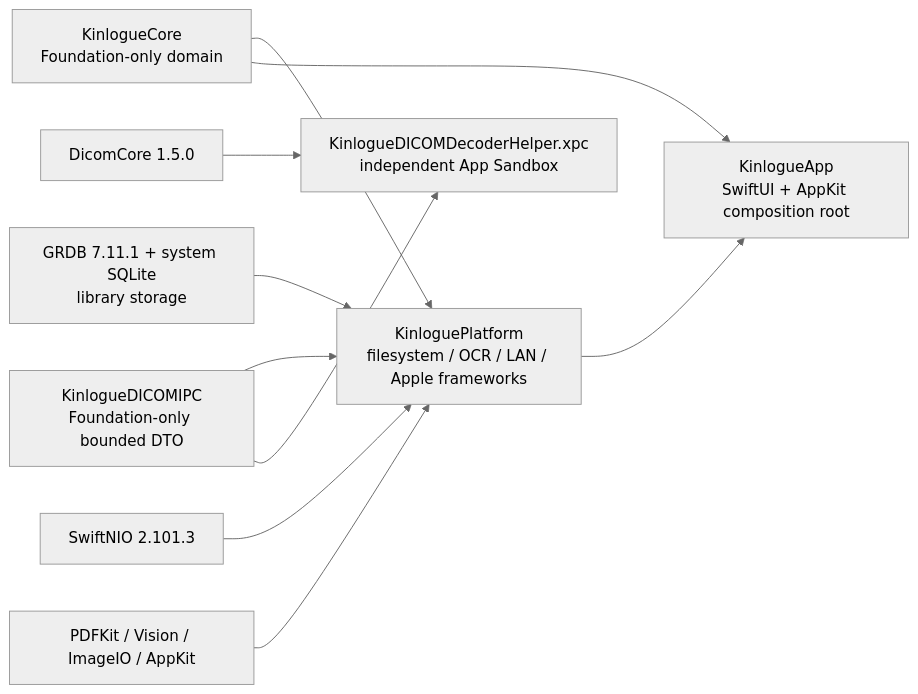
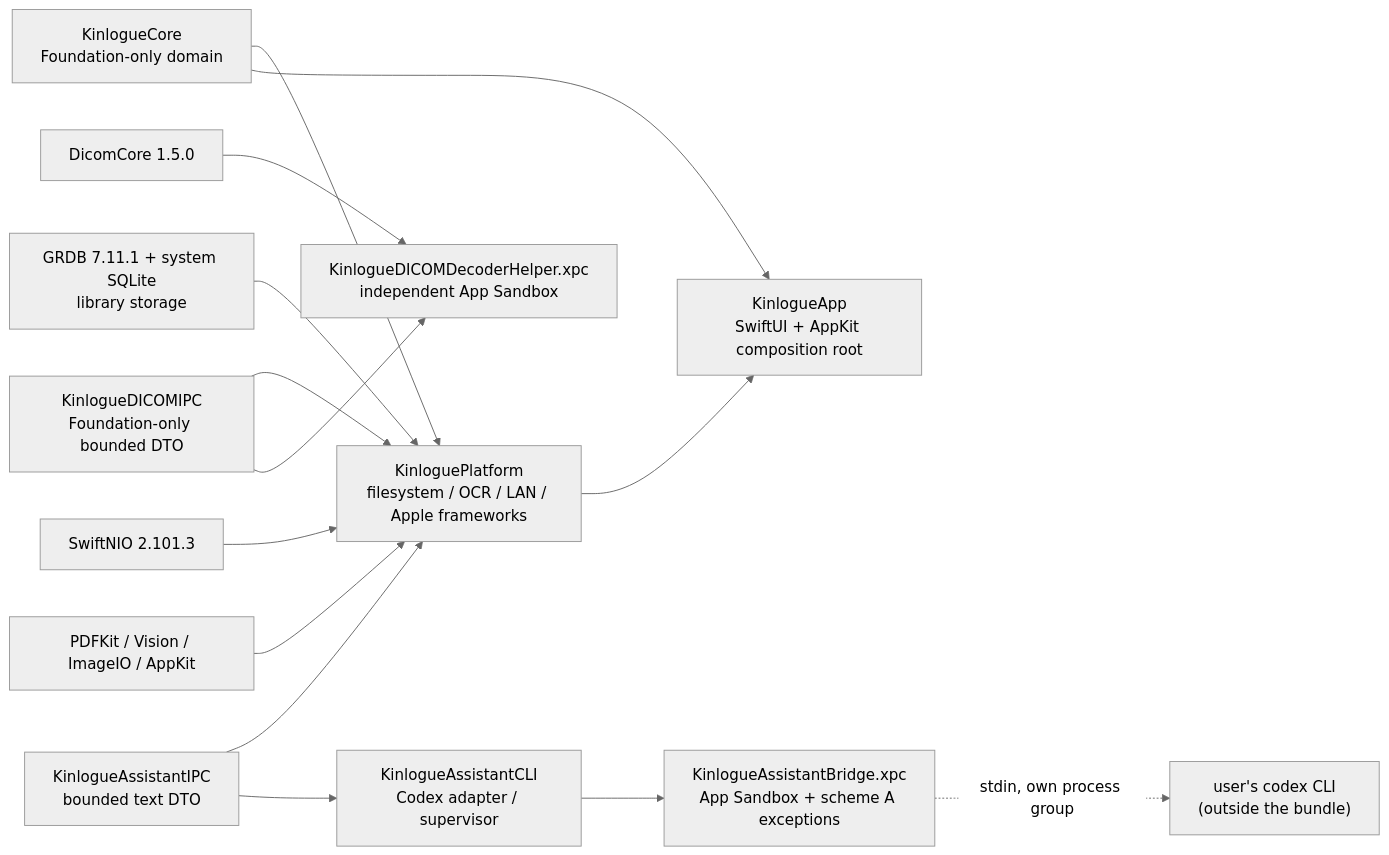
Before and after one commit to renyijiu/kinlogue: the first of 4 diagrams in docs/architecture.md, drawn with Mermaid (neutral theme). The commit also changed other lines of this file and 107 other files, not shown here.

First line of the commit message:
feat(assistant): per-member chat through the user's own Codex CLI (#25)

````diff
--- a/docs/architecture.md
+++ b/docs/architecture.md
@@ -7,21 +7,29 @@
 ```mermaid
 flowchart LR
   Core["KinlogueCore\nFoundation-only domain"]
   Platform["KinloguePlatform\nfilesystem / OCR / LAN / Apple frameworks"]
   App["KinlogueApp\nSwiftUI + AppKit composition root"]
   NIO["SwiftNIO 2.101.3"]
   SQLite["GRDB 7.11.1 + system SQLite\nlibrary storage"]
   Apple["PDFKit / Vision / ImageIO / AppKit"]
   IPC["KinlogueDICOMIPC\nFoundation-only bounded DTO"]
   Helper["KinlogueDICOMDecoderHelper.xpc\nindependent App Sandbox"]
   Dicom["DicomCore 1.5.0"]
+  AIPC["KinlogueAssistantIPC\nbounded text DTO"]
+  CLI["KinlogueAssistantCLI\nCodex adapter / supervisor"]
+  Bridge["KinlogueAssistantBridge.xpc\nApp Sandbox + scheme A exceptions"]
+  Codex["user's codex CLI\n(outside the bundle)"]
   Core --> Platform
   Core --> App
   Platform --> App
   SQLite --> Platform
   NIO --> Platform
   Apple --> Platform
   IPC --> Platform
   IPC --> Helper
   Dicom --> Helper
+  AIPC --> Platform
+  AIPC --> CLI
+  CLI --> Bridge
+  Bridge -. "stdin, own process group" .-> Codex
 ```
````
